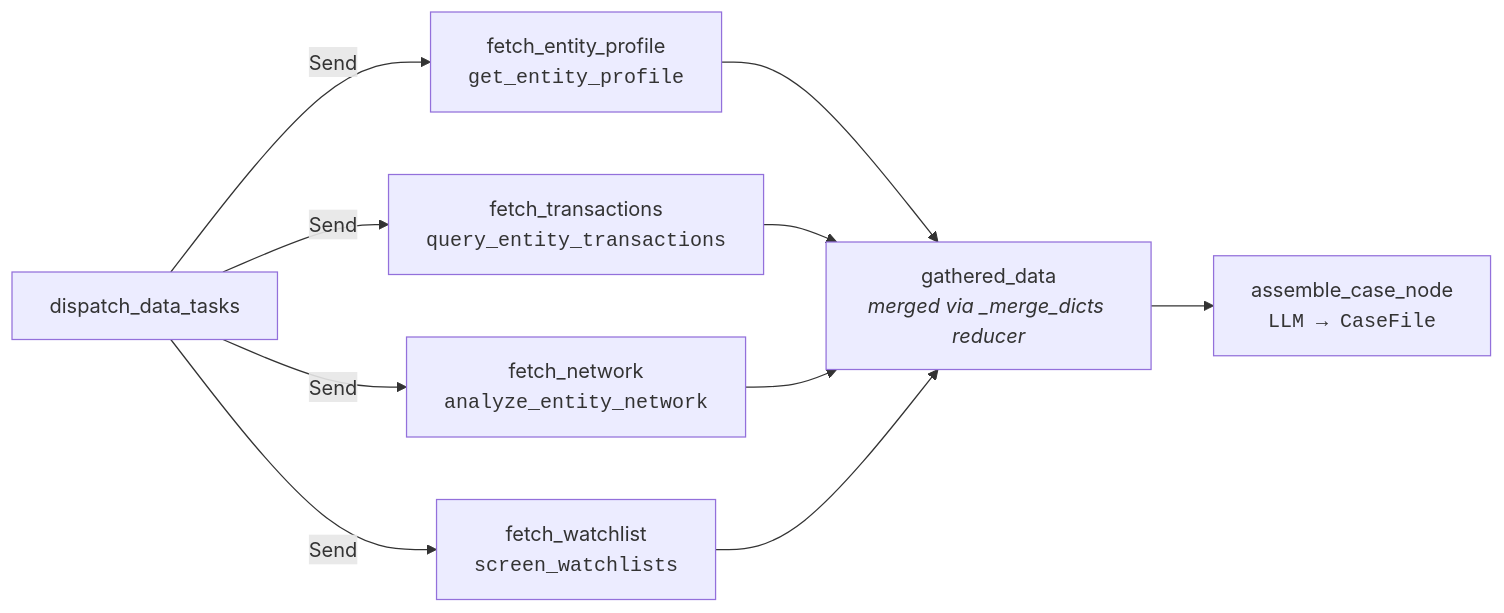
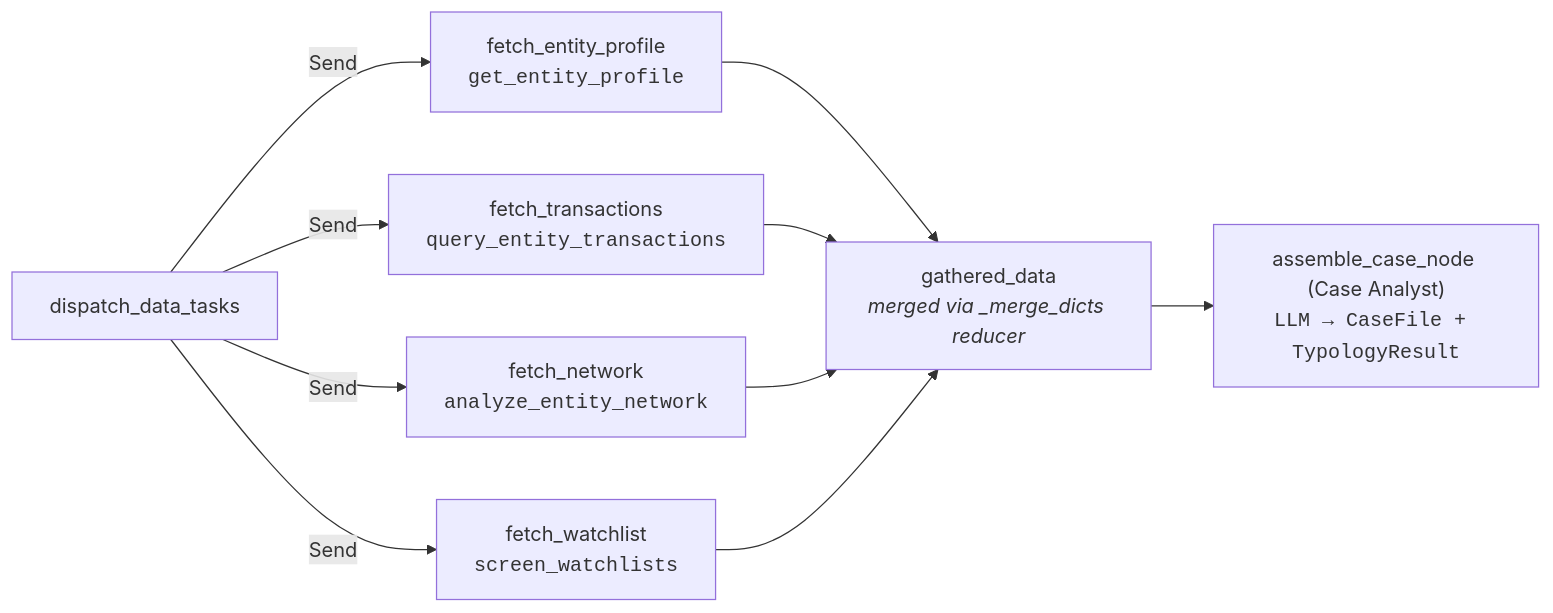
Before and after one commit to mongodb-industry-solutions/fsi-aml-fraud-detection: the fifth of 19 diagrams in docs/AGENTIC_INVESTIGATION_PIPELINE.md, drawn with Mermaid. The commit also changed other lines of this file, not shown here.

````diff
--- a/docs/AGENTIC_INVESTIGATION_PIPELINE.md
+++ b/docs/AGENTIC_INVESTIGATION_PIPELINE.md
@@ -344,16 +331,16 @@
 ```mermaid
 flowchart LR
     Dispatch["dispatch_data_tasks"]
 
     Dispatch -->|"Send"| EP["fetch_entity_profile<br/><code>get_entity_profile</code>"]
     Dispatch -->|"Send"| TX["fetch_transactions<br/><code>query_entity_transactions</code>"]
     Dispatch -->|"Send"| NW["fetch_network<br/><code>analyze_entity_network</code>"]
     Dispatch -->|"Send"| WL["fetch_watchlist<br/><code>screen_watchlists</code>"]
 
     EP --> Merge["gathered_data<br/><i>merged via _merge_dicts reducer</i>"]
     TX --> Merge
     NW --> Merge
     WL --> Merge
 
-    Merge --> Assemble["assemble_case_node<br/><code>LLM → CaseFile</code>"]
+    Merge --> Assemble["assemble_case_node (Case Analyst)<br/><code>LLM → CaseFile + TypologyResult</code>"]
 ```
````
